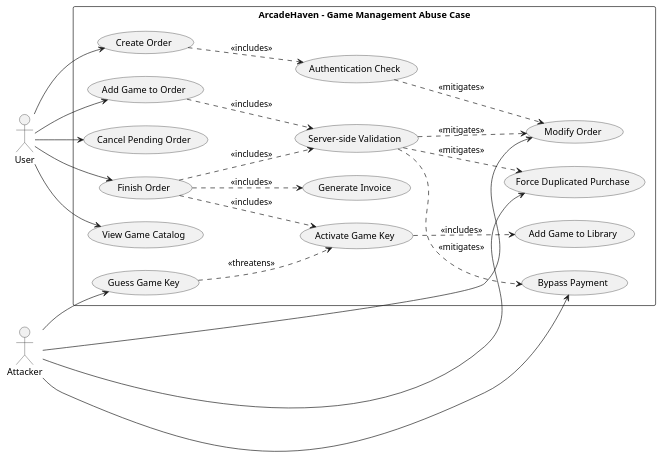
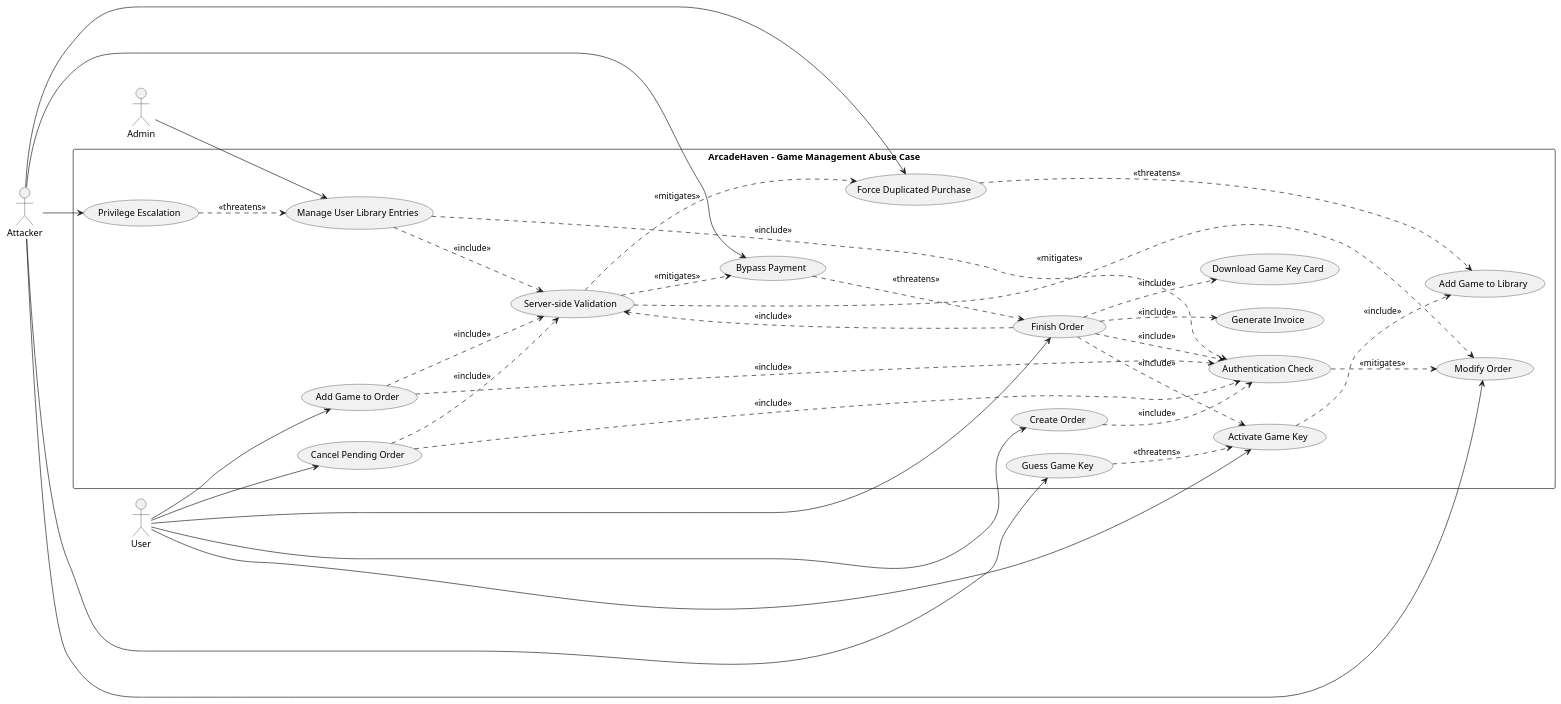
The diagram in Documentation/ThreatModeling/AbuseCases/v2/game-management-abuse-case.puml (mei-desofs/desofs2026-wed_nap_2), drawn with PlantUML before and after one commit. The commit also changed 11 other files, not shown here.

```diff
--- a/Documentation/ThreatModeling/AbuseCases/v2/game-management-abuse-case.puml
+++ b/Documentation/ThreatModeling/AbuseCases/v2/game-management-abuse-case.puml
@@ -1,38 +1,59 @@
 @startuml
 
 left to right direction
 skinparam packageStyle rectangle
 
 actor User
+actor Admin
 actor Attacker
 
 rectangle "ArcadeHaven - Game Management Abuse Case" {
 
-    User --> (View Game Catalog)
     User --> (Create Order)
     User --> (Add Game to Order)
     User --> (Cancel Pending Order)
     User --> (Finish Order)
+    User --> (Activate Game Key)
+
+    Admin --> (Manage User Library Entries)
 
     Attacker --> (Force Duplicated Purchase)
     Attacker --> (Modify Order)
     Attacker --> (Bypass Payment)
     Attacker --> (Guess Game Key)
+    Attacker --> (Privilege Escalation)
 
-    (Activate Game Key) ..> (Add Game to Library) : <<includes>>
+    (Create Order) ..> (Authentication Check) : <<include>>
 
-    (Create Order) ..> (Authentication Check) : <<includes>>
-    (Add Game to Order) ..> (Server-side Validation) : <<includes>>
-    (Finish Order) ..> (Server-side Validation) : <<includes>>
-    (Finish Order) ..> (Generate Invoice) : <<includes>>
-    (Finish Order) ..> (Activate Game Key) : <<includes>>
+    (Add Game to Order) ..> (Authentication Check) : <<include>>
+    (Add Game to Order) ..> (Server-side Validation) : <<include>>
+
+    (Cancel Pending Order) ..> (Authentication Check) : <<include>>
+    (Cancel Pending Order) ..> (Server-side Validation) : <<include>>
+
+    (Finish Order) ..> (Authentication Check) : <<include>>
+    (Finish Order) ..> (Server-side Validation) : <<include>>
+    (Finish Order) ..> (Generate Invoice) : <<include>>
+    (Finish Order) ..> (Activate Game Key) : <<include>>
+    (Finish Order) ..> (Download Game Key Card) : <<include>>
+
+    (Manage User Library Entries) ..> (Authentication Check) : <<include>>
+    (Manage User Library Entries) ..> (Server-side Validation) : <<include>>
+
+    (Activate Game Key) ..> (Add Game to Library) : <<include>>
 
     (Authentication Check) ..> (Modify Order) : <<mitigates>>
+
     (Server-side Validation) ..> (Force Duplicated Purchase) : <<mitigates>>
     (Server-side Validation) ..> (Modify Order) : <<mitigates>>
     (Server-side Validation) ..> (Bypass Payment) : <<mitigates>>
 
+    (Force Duplicated Purchase) ..> (Add Game to Library) : <<threatens>>
+
+    (Bypass Payment) ..> (Finish Order) : <<threatens>>
     (Guess Game Key) ..> (Activate Game Key) : <<threatens>>
+
+    (Privilege Escalation) ..> (Manage User Library Entries) : <<threatens>>
 }
 
 @enduml
```
